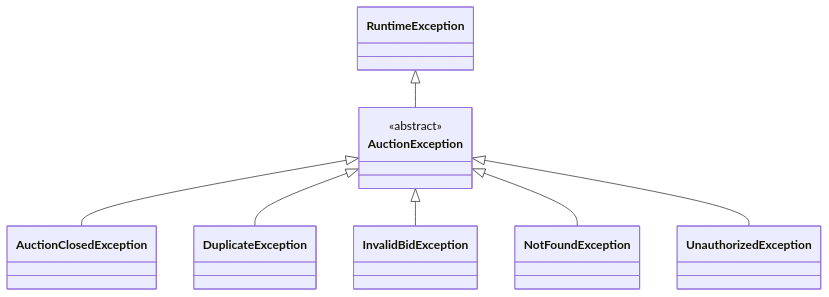
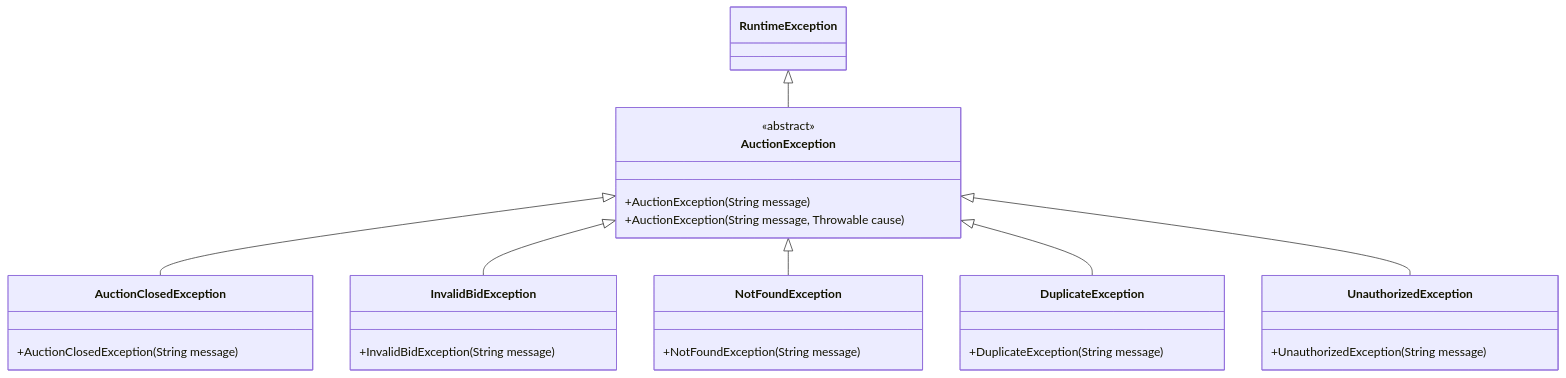
Before and after one commit to kieran-labs/oop-course-project-uet: the second of 5 diagrams in README.md, drawn with Mermaid. The commit also changed other lines of this file, not shown here.

````diff
--- a/README.md
+++ b/README.md
@@ -112,14 +196,39 @@
 ```mermaid
 classDiagram
     direction TB
 
     class RuntimeException
-    class AuctionException { <<abstract>> }
+
+    class AuctionException {
+        <<abstract>>
+        +AuctionException(String message)
+        +AuctionException(String message, Throwable cause)
+    }
+
+    class AuctionClosedException {
+        +AuctionClosedException(String message)
+    }
+
+    class InvalidBidException {
+        +InvalidBidException(String message)
+    }
+
+    class NotFoundException {
+        +NotFoundException(String message)
+    }
+
+    class DuplicateException {
+        +DuplicateException(String message)
+    }
+
+    class UnauthorizedException {
+        +UnauthorizedException(String message)
+    }
 
     RuntimeException <|-- AuctionException
     AuctionException <|-- AuctionClosedException
-    AuctionException <|-- DuplicateException
     AuctionException <|-- InvalidBidException
     AuctionException <|-- NotFoundException
+    AuctionException <|-- DuplicateException
     AuctionException <|-- UnauthorizedException
 ```
````
